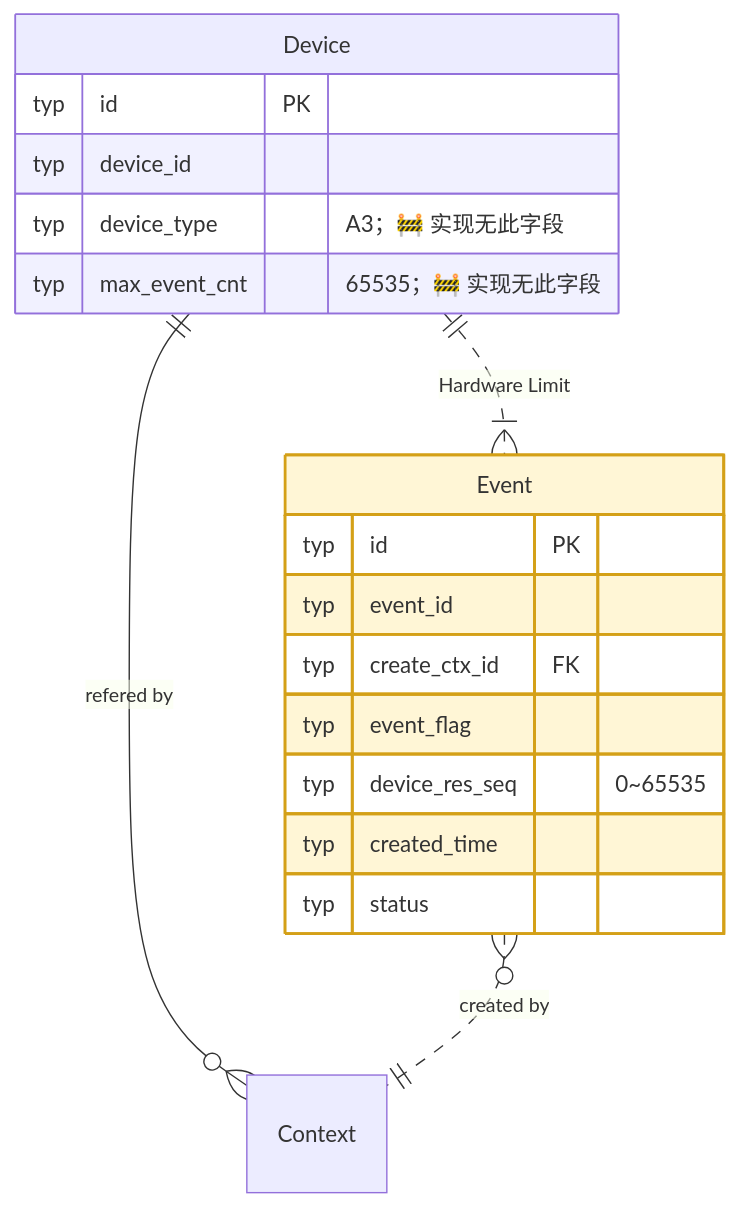
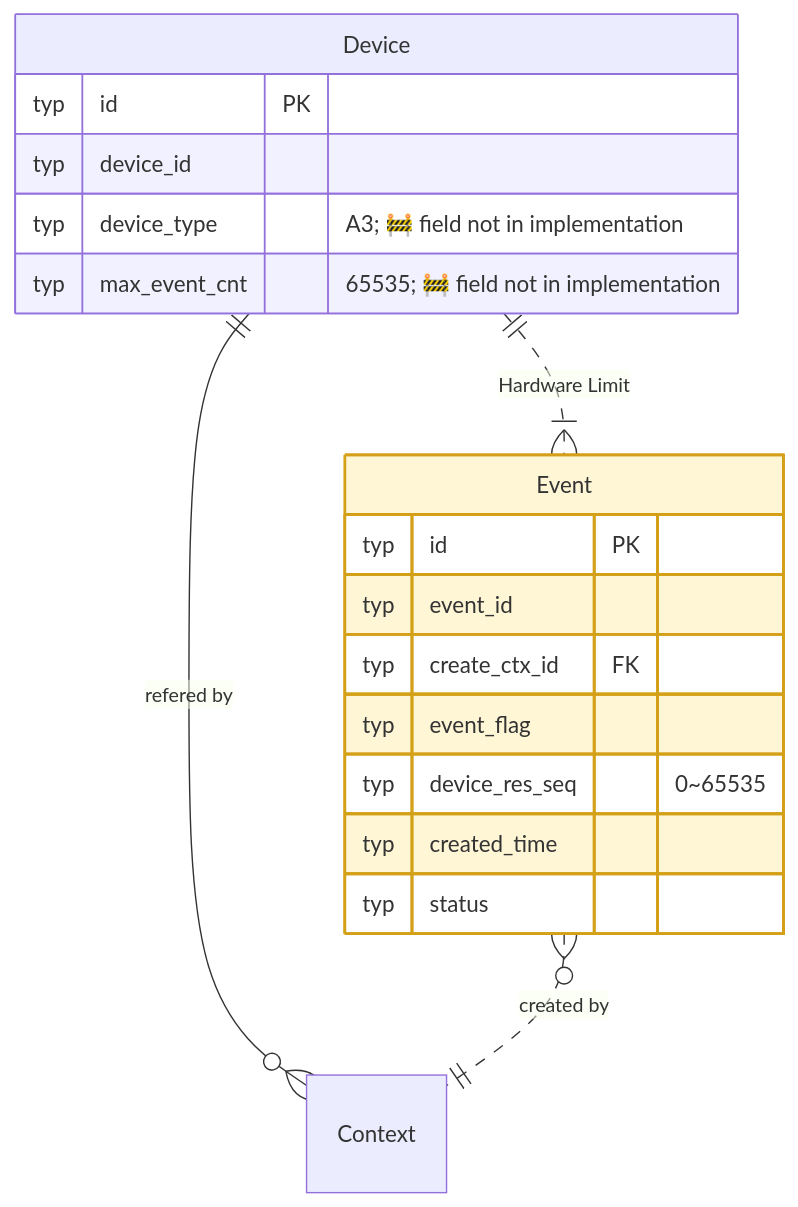
The tenth of 19 diagrams in test/hccl_vm/docs/simulator_runner_data_model_en.md (Atlas-Ascend-Fork/hcomm), drawn with Mermaid before and after one commit. The commit also changed other lines of this file and 73 other files, not shown here.

````diff
--- a/test/hccl_vm/docs/simulator_runner_data_model_en.md
+++ b/test/hccl_vm/docs/simulator_runner_data_model_en.md
@@ -884,26 +884,26 @@
 ```mermaid
 erDiagram
-    %% 🧠 可进程私有：Event（仅 src/proxy 访问）
+    %% 🧠 Process-private candidates: Event (only src/proxy accesses)
     Device ||..|{ Event : "Hardware Limit"
     Device ||--o{ Context : "refered by"
     Device {
         typ id PK
         typ device_id
-        typ device_type "A3；🚧 实现无此字段"
-        typ max_event_cnt "65535；🚧 实现无此字段"
+        typ device_type "A3; 🚧 field not in implementation"
+        typ max_event_cnt "65535; 🚧 field not in implementation"
     }
 
     Event }o..|| Context : "created by"
     Event {
         typ id PK
         typ event_id
         typ create_ctx_id FK
         typ event_flag
         typ device_res_seq "0~65535"
         typ created_time
         typ status
     }
 
     classDef inproc fill:#fff6d6,stroke:#d4a017,stroke-width:2px
     class Event inproc
 ```
````
